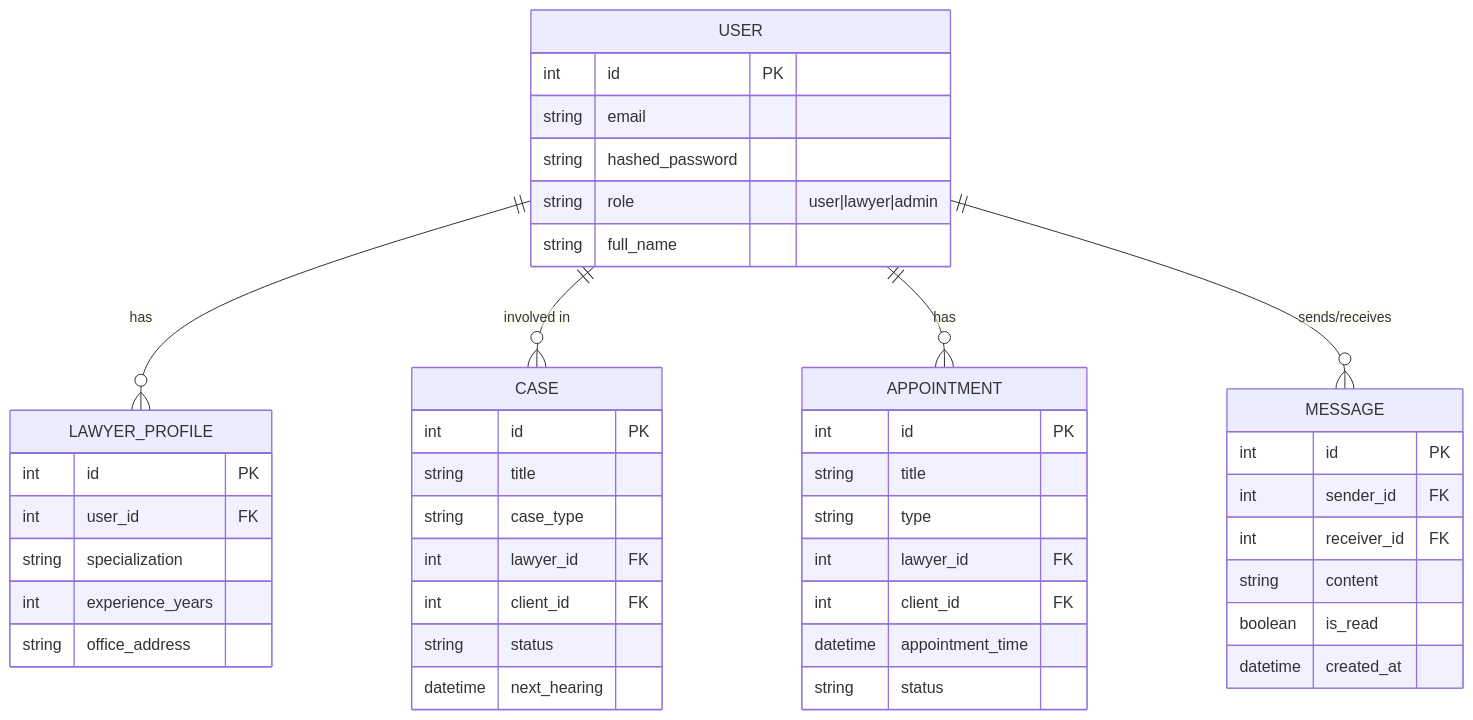
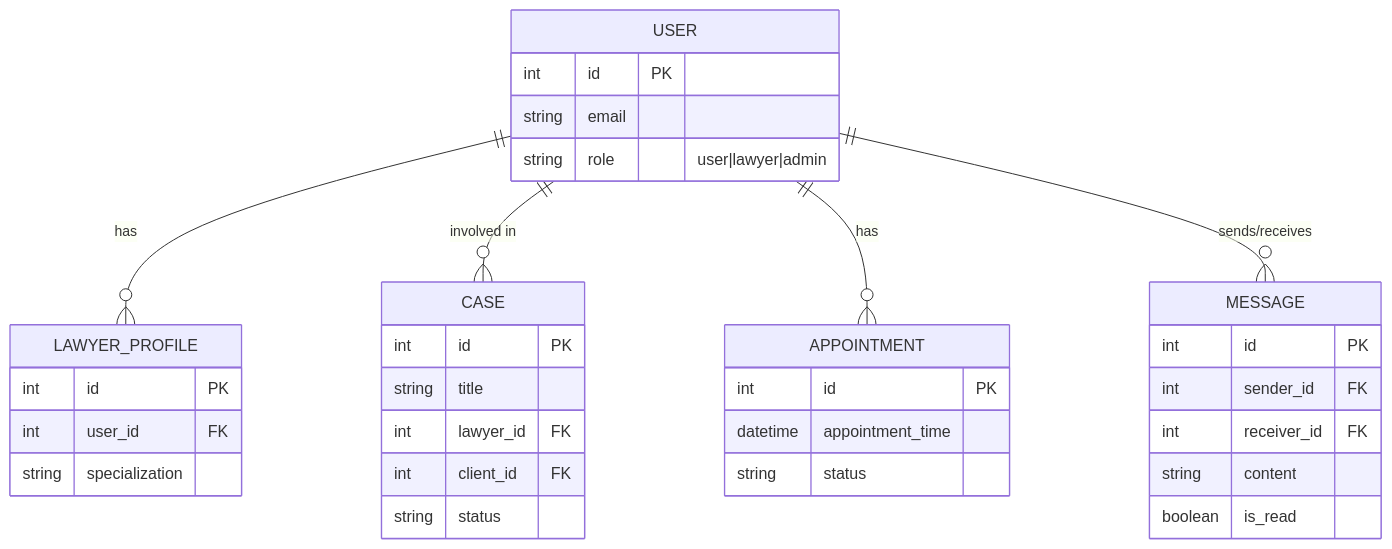
The fifth of 8 diagrams in README.md (quantumNexus0/ai_legal_ecosystem), drawn with Mermaid before and after one commit. The commit also changed other lines of this file, not shown here.

Commit message:
docs: Add Ecosystem ERP diagram and detailed module info

````diff
--- a/README.md
+++ b/README.md
@@ -146,52 +233,41 @@
 ```mermaid
 erDiagram
     USER ||--o{ LAWYER_PROFILE : has
     USER ||--o{ CASE : "involved in"
     USER ||--o{ APPOINTMENT : "has"
     USER ||--o{ MESSAGE : "sends/receives"
 
     USER {
         int id PK
         string email
-        string hashed_password
         string role "user|lawyer|admin"
-        string full_name
     }
 
     LAWYER_PROFILE {
         int id PK
         int user_id FK
         string specialization
-        int experience_years
-        string office_address
     }
 
     CASE {
         int id PK
         string title
-        string case_type
         int lawyer_id FK
         int client_id FK
         string status
-        datetime next_hearing
     }
 
     APPOINTMENT {
         int id PK
-        string title
-        string type
-        int lawyer_id FK
-        int client_id FK
         datetime appointment_time
         string status
     }
 
     MESSAGE {
         int id PK
         int sender_id FK
         int receiver_id FK
         string content
         boolean is_read
-        datetime created_at
     }
 ```
````
